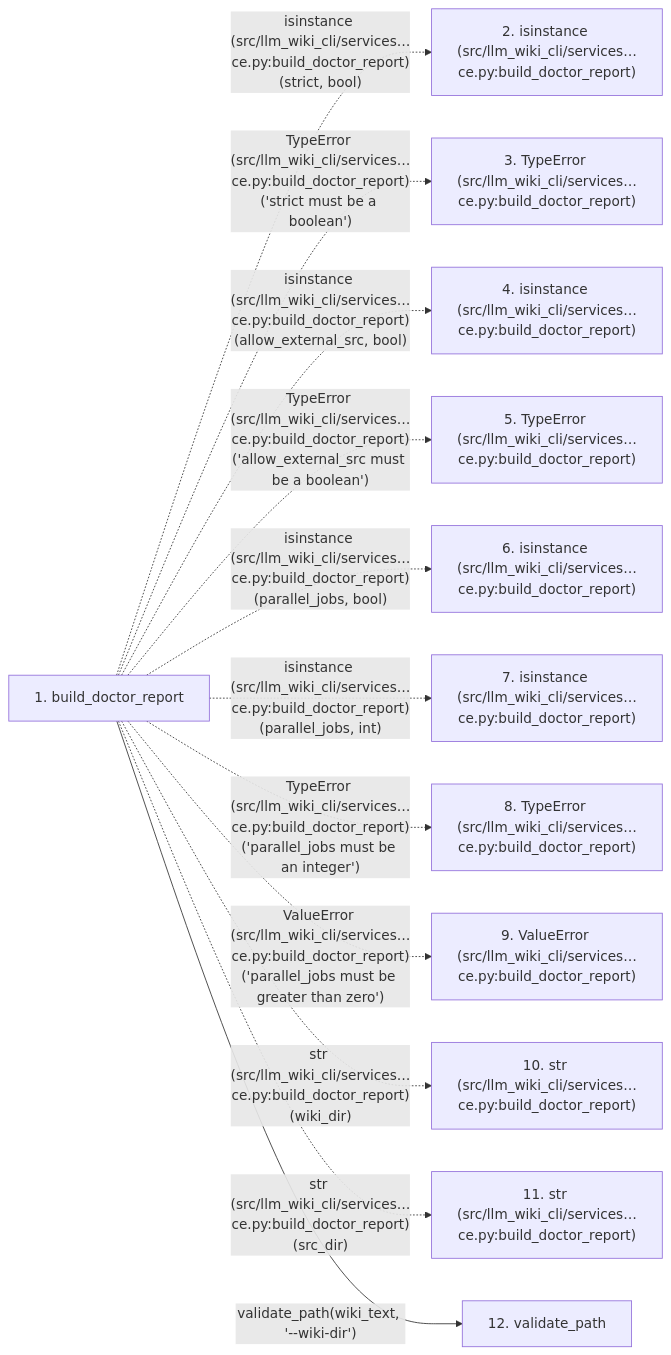
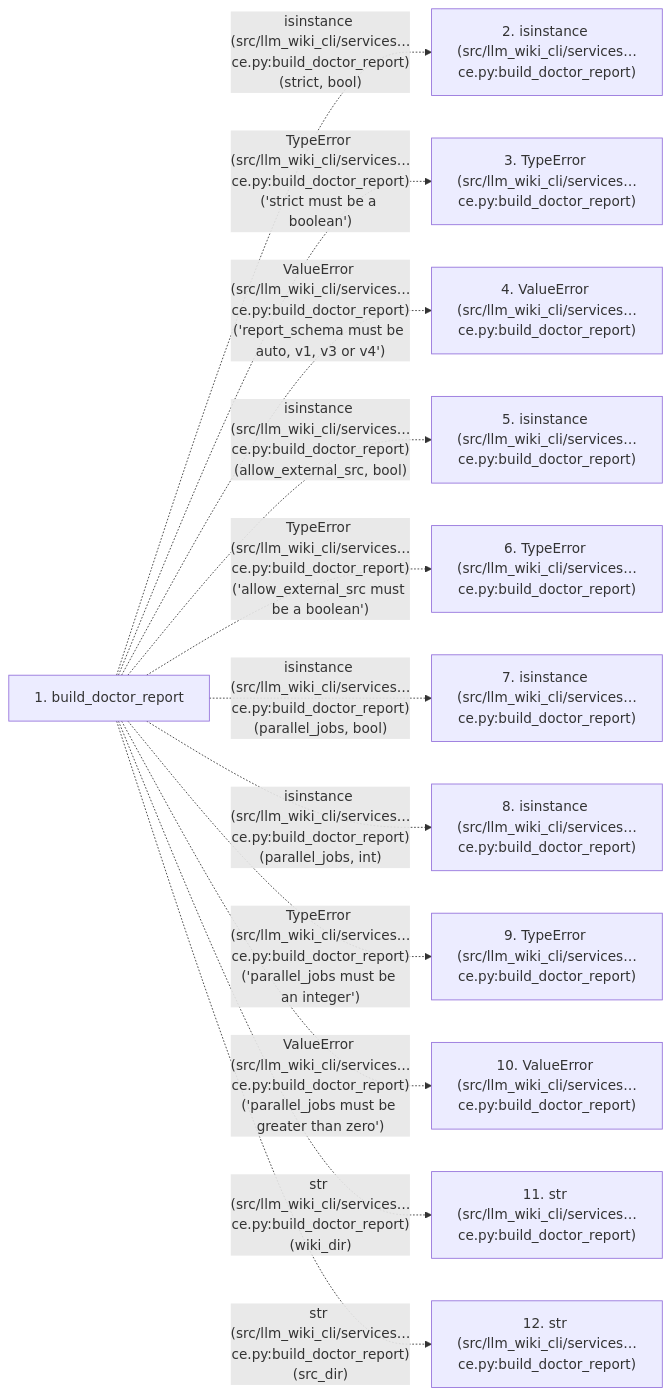
One commit to Denissvgn/python-wiki-llm changed the second of 2 diagrams in docs/llm_wiki/flows/api-build_doctor_report.md. Above: the diagram before and after it, drawn with Mermaid. The commit also changed other lines of this file and 727 other files, not shown here.

````diff
--- a/docs/llm_wiki/flows/api-build_doctor_report.md
+++ b/docs/llm_wiki/flows/api-build_doctor_report.md
@@ -126,28 +130,27 @@
 ```mermaid
 flowchart LR
     s1["1. build_doctor_report"]
     s2["2. isinstance (src/llm_wiki_cli/services…ce.py:build_doctor_report)"]
     s3["3. TypeError (src/llm_wiki_cli/services…ce.py:build_doctor_report)"]
-    s4["4. isinstance (src/llm_wiki_cli/services…ce.py:build_doctor_report)"]
-    s5["5. TypeError (src/llm_wiki_cli/services…ce.py:build_doctor_report)"]
-    s6["6. isinstance (src/llm_wiki_cli/services…ce.py:build_doctor_report)"]
+    s4["4. ValueError (src/llm_wiki_cli/services…ce.py:build_doctor_report)"]
+    s5["5. isinstance (src/llm_wiki_cli/services…ce.py:build_doctor_report)"]
+    s6["6. TypeError (src/llm_wiki_cli/services…ce.py:build_doctor_report)"]
     s7["7. isinstance (src/llm_wiki_cli/services…ce.py:build_doctor_report)"]
-    s8["8. TypeError (src/llm_wiki_cli/services…ce.py:build_doctor_report)"]
-    s9["9. ValueError (src/llm_wiki_cli/services…ce.py:build_doctor_report)"]
-    s10["10. str (src/llm_wiki_cli/services…ce.py:build_doctor_report)"]
+    s8["8. isinstance (src/llm_wiki_cli/services…ce.py:build_doctor_report)"]
+    s9["9. TypeError (src/llm_wiki_cli/services…ce.py:build_doctor_report)"]
+    s10["10. ValueError (src/llm_wiki_cli/services…ce.py:build_doctor_report)"]
     s11["11. str (src/llm_wiki_cli/services…ce.py:build_doctor_report)"]
-    s12["12. validate_path"]
+    s12["12. str (src/llm_wiki_cli/services…ce.py:build_doctor_report)"]
     s1 -. "isinstance (src/llm_wiki_cli/services…ce.py:build_doctor_report)(strict, bool)" .-> s2
     s1 -. "TypeError (src/llm_wiki_cli/services…ce.py:build_doctor_report)('strict must be a boolean')" .-> s3
-    s1 -. "isinstance (src/llm_wiki_cli/services…ce.py:build_doctor_report)(allow_external_src, bool)" .-> s4
-    s1 -. "TypeError (src/llm_wiki_cli/services…ce.py:build_doctor_report)('allow_external_src must be a boolean')" .-> s5
-    s1 -. "isinstance (src/llm_wiki_cli/services…ce.py:build_doctor_report)(parallel_jobs, bool)" .-> s6
-    s1 -. "isinstance (src/llm_wiki_cli/services…ce.py:build_doctor_report)(parallel_jobs, int)" .-> s7
-    s1 -. "TypeError (src/llm_wiki_cli/services…ce.py:build_doctor_report)('parallel_jobs must be an integer')" .-> s8
-    s1 -. "ValueError (src/llm_wiki_cli/services…ce.py:build_doctor_report)('parallel_jobs must be greater than zero')" .-> s9
-    s1 -. "str (src/llm_wiki_cli/services…ce.py:build_doctor_report)(wiki_dir)" .-> s10
-    s1 -. "str (src/llm_wiki_cli/services…ce.py:build_doctor_report)(src_dir)" .-> s11
-    s1 -->|"validate_path(wiki_text, '--wiki-dir')"| s12
+    s1 -. "ValueError (src/llm_wiki_cli/services…ce.py:build_doctor_report)('report_schema must be auto, v1, v3 or v4')" .-> s4
+    s1 -. "isinstance (src/llm_wiki_cli/services…ce.py:build_doctor_report)(allow_external_src, bool)" .-> s5
+    s1 -. "TypeError (src/llm_wiki_cli/services…ce.py:build_doctor_report)('allow_external_src must be a boolean')" .-> s6
+    s1 -. "isinstance (src/llm_wiki_cli/services…ce.py:build_doctor_report)(parallel_jobs, bool)" .-> s7
+    s1 -. "isinstance (src/llm_wiki_cli/services…ce.py:build_doctor_report)(parallel_jobs, int)" .-> s8
+    s1 -. "TypeError (src/llm_wiki_cli/services…ce.py:build_doctor_report)('parallel_jobs must be an integer')" .-> s9
+    s1 -. "ValueError (src/llm_wiki_cli/services…ce.py:build_doctor_report)('parallel_jobs must be greater than zero')" .-> s10
+    s1 -. "str (src/llm_wiki_cli/services…ce.py:build_doctor_report)(wiki_dir)" .-> s11
+    s1 -. "str (src/llm_wiki_cli/services…ce.py:build_doctor_report)(src_dir)" .-> s12
     click s1 "../modules/doctor_service.md"
-    click s12 "../modules/config.md"
 ```
````
